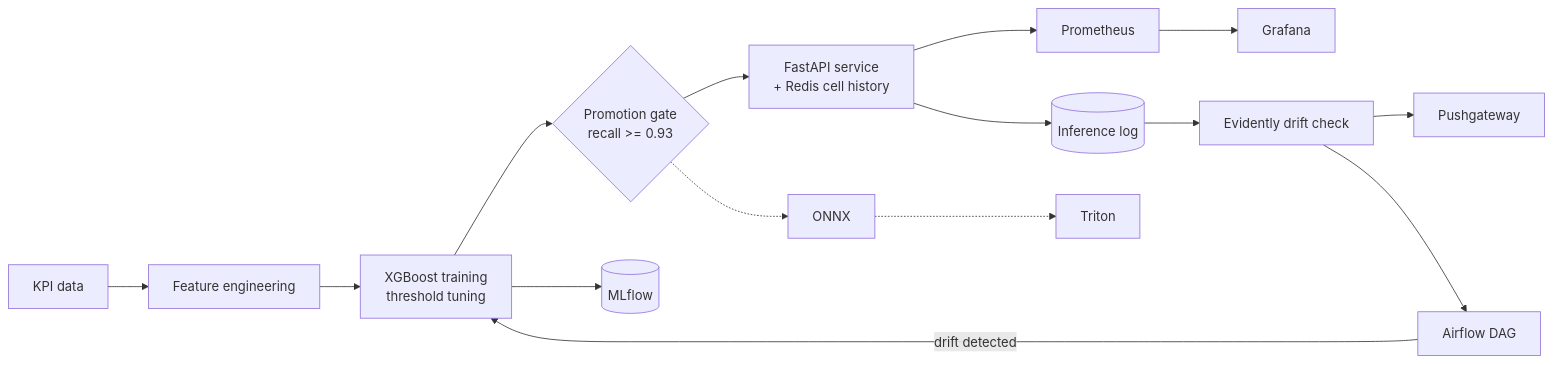
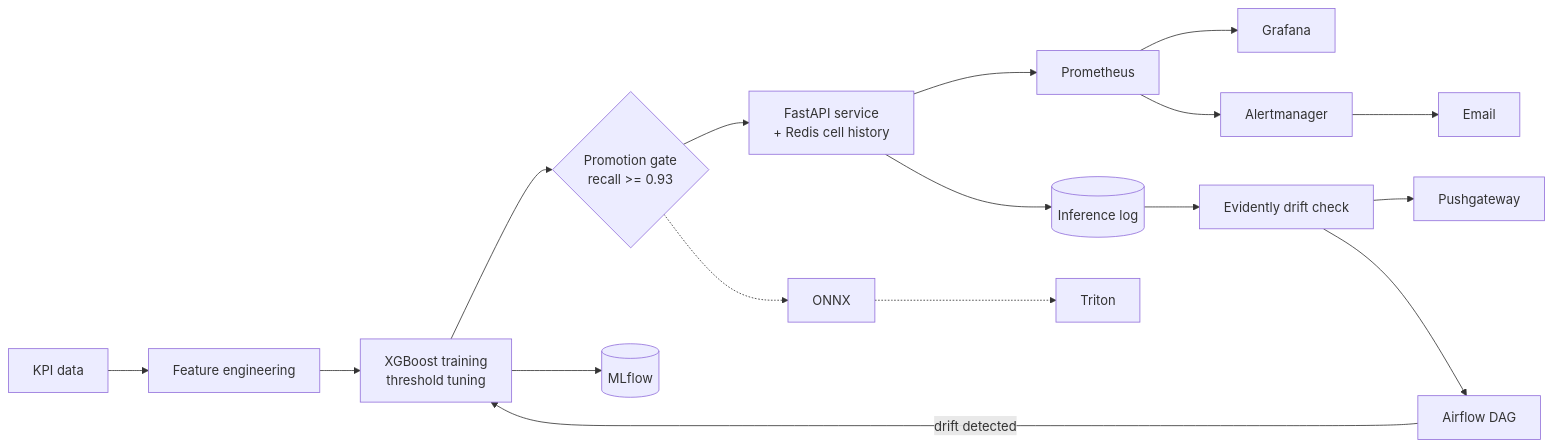
Before and after one commit to mohamed-amin-ai/telecom-network-anomaly-detection: the diagram in README.md, drawn with Mermaid. The commit also changed other lines of this file and 12 other files, not shown here.

First line of the commit message:
feat(monitoring): route alerts to email through Alertmanager and a local Mailpit

````diff
--- a/README.md
+++ b/README.md
@@ -37,10 +37,11 @@
 ```mermaid
 flowchart LR
     D[KPI data] --> F[Feature engineering] --> T[XGBoost training<br/>threshold tuning] --> G{Promotion gate<br/>recall >= 0.93}
     T --> M[(MLflow)]
     G --> A[FastAPI service<br/>+ Redis cell history]
     A --> P[Prometheus] --> GR[Grafana]
+    P --> AM[Alertmanager] --> MP[Email]
     A --> L[(Inference log)] --> E[Evidently drift check] --> PG[Pushgateway]
     E --> AF[Airflow DAG] -->|drift detected| T
     G -.-> O[ONNX] -.-> TR[Triton]
 ```
````
